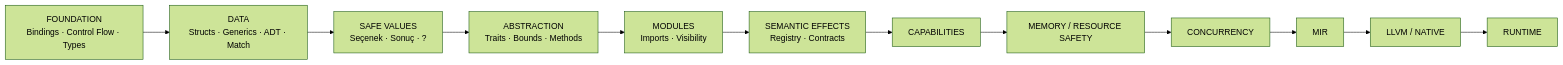
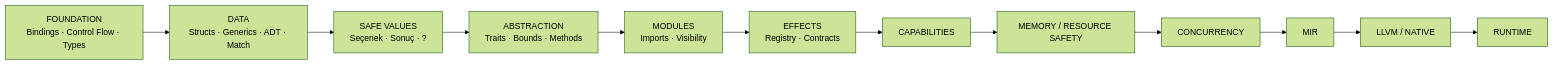
Before and after one commit to tedvin-dev/tedvin-dev: the third of 3 diagrams in README.md, drawn with Mermaid (forest theme). The commit also changed other lines of this file, not shown here.

````diff
--- a/README.md
+++ b/README.md
@@ -339,14 +513,14 @@
 ```mermaid
 flowchart LR
     A["FOUNDATION<br/>Bindings · Control Flow · Types"] --> B["DATA<br/>Structs · Generics · ADT · Match"]
     B --> C["SAFE VALUES<br/>Seçenek · Sonuç · ?"]
     C --> D["ABSTRACTION<br/>Traits · Bounds · Methods"]
     D --> E["MODULES<br/>Imports · Visibility"]
-    E --> F["SEMANTIC EFFECTS<br/>Registry · Contracts"]
+    E --> F["EFFECTS<br/>Registry · Contracts"]
     F --> G["CAPABILITIES"]
     G --> H["MEMORY / RESOURCE SAFETY"]
     H --> I["CONCURRENCY"]
     I --> J["MIR"]
     J --> K["LLVM / NATIVE"]
     K --> L["RUNTIME"]
 ```
````
